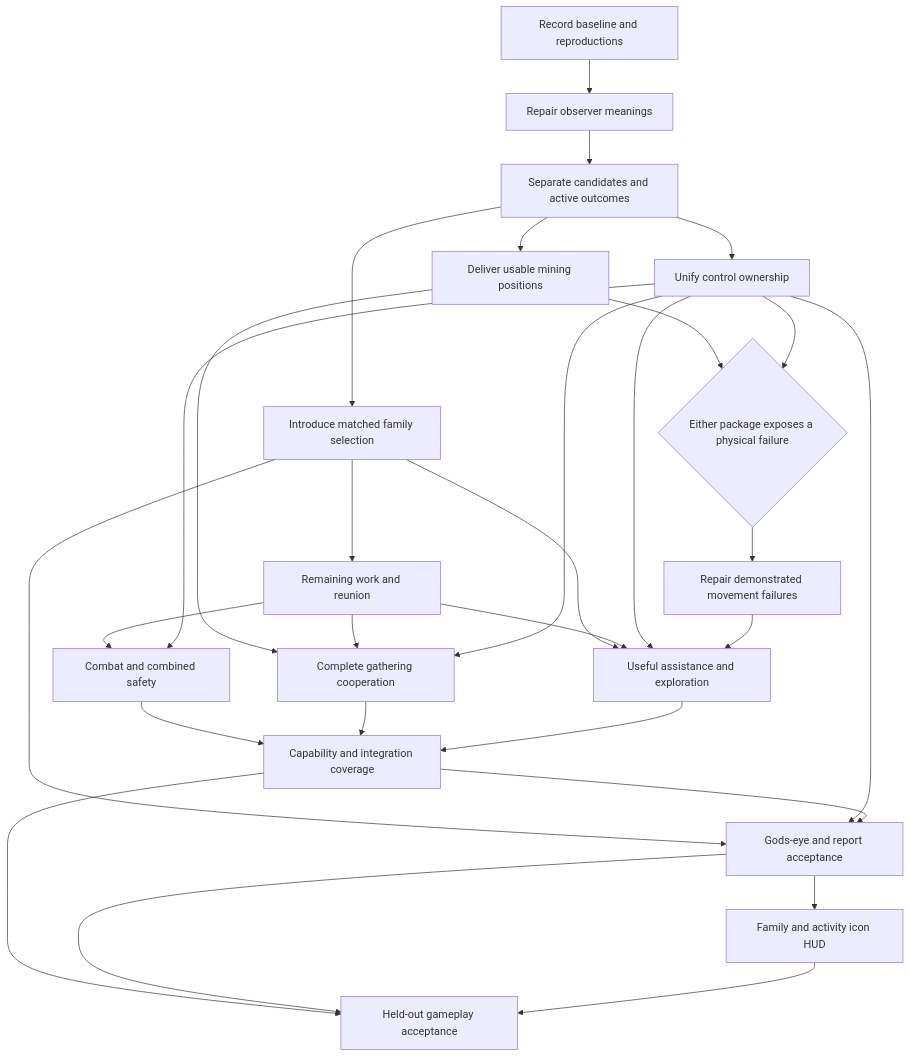
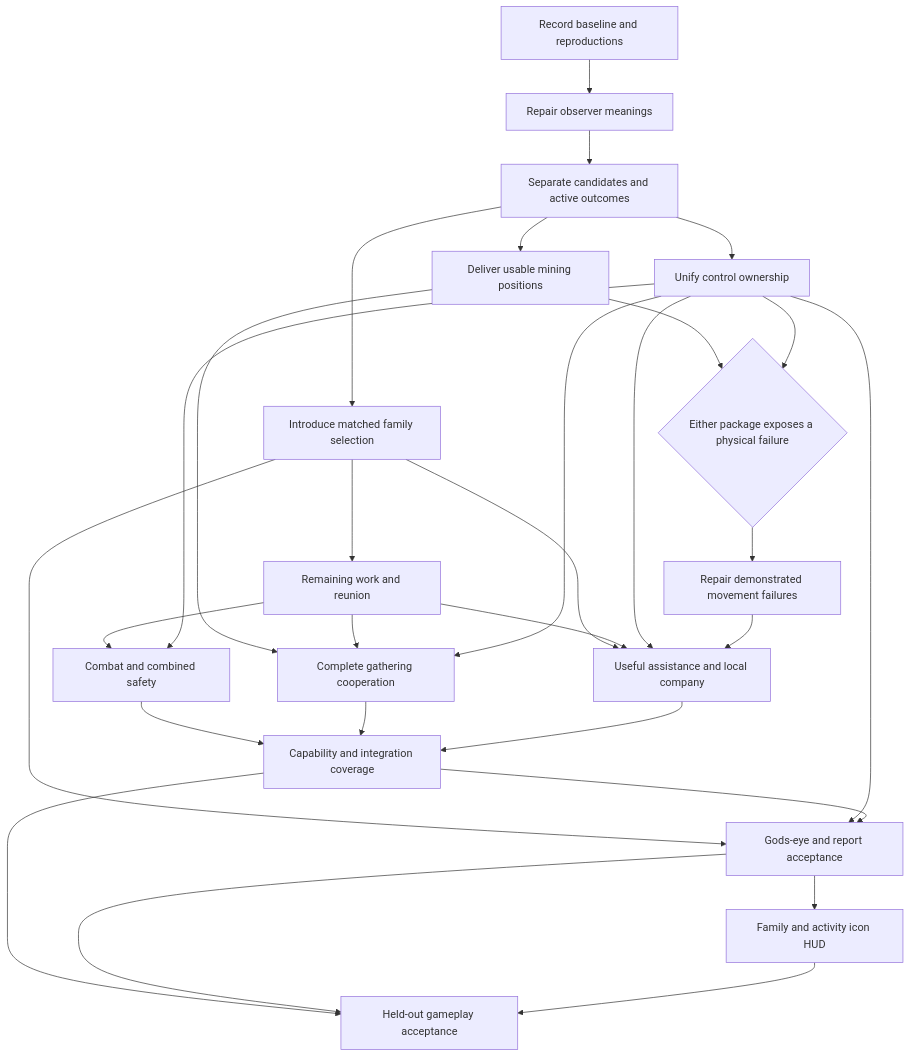
Before and after one commit to Capataina/AICompanion: the diagram in research/proposal/01 Preserve Utility and Repair Activity Contracts.md, drawn with Mermaid. The commit also changed other lines of this file and 10 other files, not shown here.

````diff
--- a/research/proposal/01 Preserve Utility and Repair Activity Contracts.md
+++ b/research/proposal/01 Preserve Utility and Repair Activity Contracts.md
@@ -213,31 +241,31 @@
 ```mermaid
 flowchart TD
     P00[Record baseline and reproductions] --> P01[Repair observer meanings]
     P01 --> P02[Separate candidates and active outcomes]
     P02 --> P03[Introduce matched family selection]
     P02 --> P04[Deliver usable mining positions]
     P02 --> P06[Unify control ownership]
     P03 --> P05[Remaining work and reunion]
     P04 --> N{Either package exposes a physical failure}
     P06 --> N
     N --> P07[Repair demonstrated movement failures]
     P05 --> P08[Combat and combined safety]
     P06 --> P08
     P04 --> P09[Complete gathering cooperation]
     P05 --> P09
     P06 --> P09
-    P03 --> P10[Useful assistance and exploration]
-    P05 --> P10[Useful assistance and exploration]
+    P03 --> P10[Useful assistance and local company]
+    P05 --> P10[Useful assistance and local company]
     P06 --> P10
     P07 --> P10
     P08 --> P11[Capability and integration coverage]
     P09 --> P11
     P10 --> P11
     P03 --> P12[Gods-eye and report acceptance]
     P06 --> P12
     P11 --> P12
     P12 --> P13[Family and activity icon HUD]
     P11 --> P14[Held-out gameplay acceptance]
     P12 --> P14
     P13 --> P14
 ```
````
